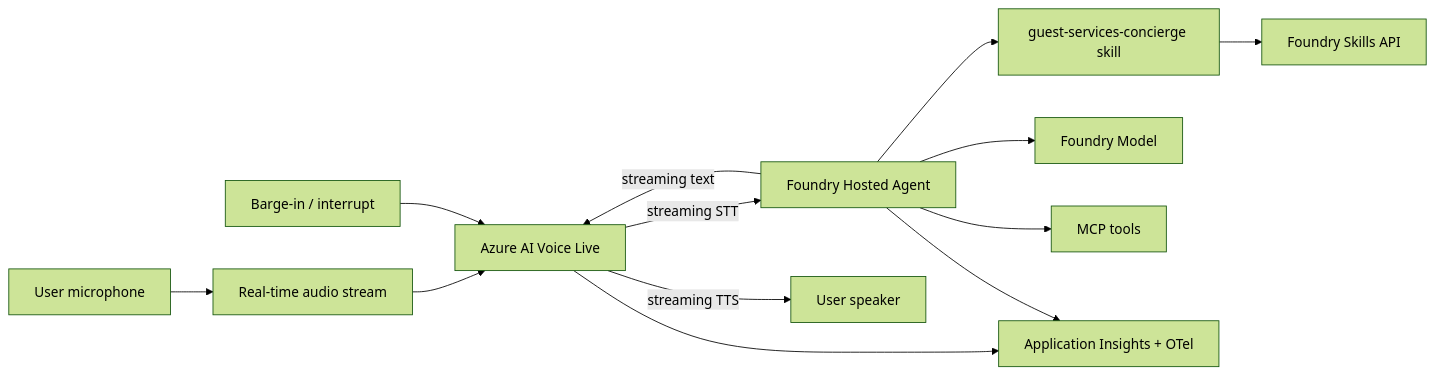
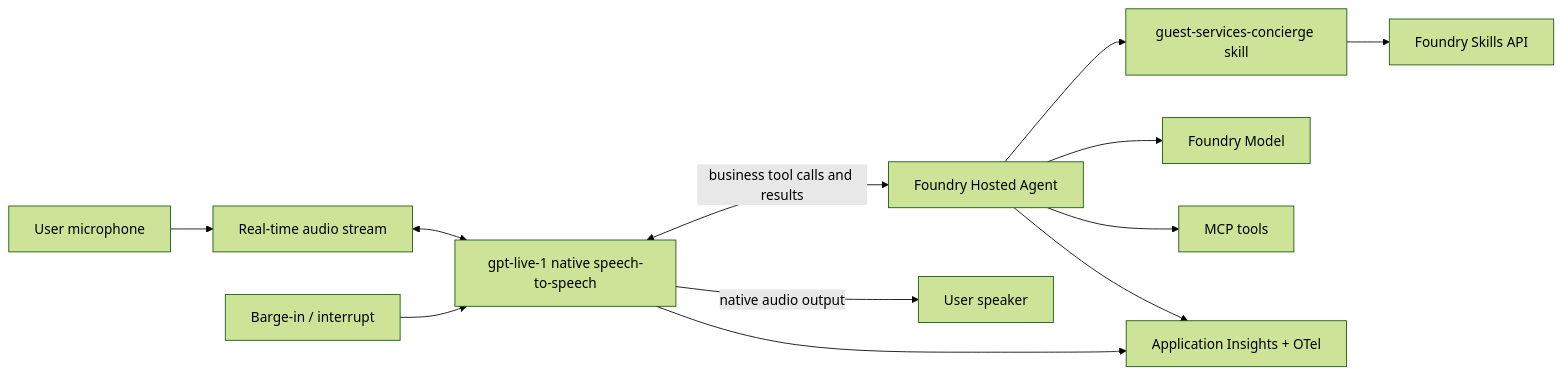
One commit to aiappsgbb/agentic-loop changed the diagram in playbooks/voice-first-agent-blueprint/README.md. Above: the diagram before and after it, drawn with Mermaid (forest theme). The commit also changed other lines of this file and 13 other files, not shown here.

First line of the commit message:
Build architecture-driven workshops with playbook inheritance

````diff
--- a/playbooks/voice-first-agent-blueprint/README.md
+++ b/playbooks/voice-first-agent-blueprint/README.md
@@ -27,15 +29,14 @@
 ```mermaid
 flowchart LR
   Mic[User microphone] --> Stream[Real-time audio stream]
-  Stream --> Voice[Azure AI Voice Live]
-  Voice -->|streaming STT| Agent[Foundry Hosted Agent]
+  Stream <--> Voice[gpt-live-1 native speech-to-speech]
+  Voice <-->|business tool calls and results| Agent[Foundry Hosted Agent]
   Agent --> Skill[guest-services-concierge skill]
   Skill --> SkillsAPI[Foundry Skills API]
   Agent --> Model[Foundry Model]
   Agent --> Tools[MCP tools]
-  Agent -->|streaming text| Voice
-  Voice -->|streaming TTS| Speaker[User speaker]
+  Voice -->|native audio output| Speaker[User speaker]
   Bargein[Barge-in / interrupt] --> Voice
   Voice --> Insights[Application Insights + OTel]
   Agent --> Insights
 ```
````
